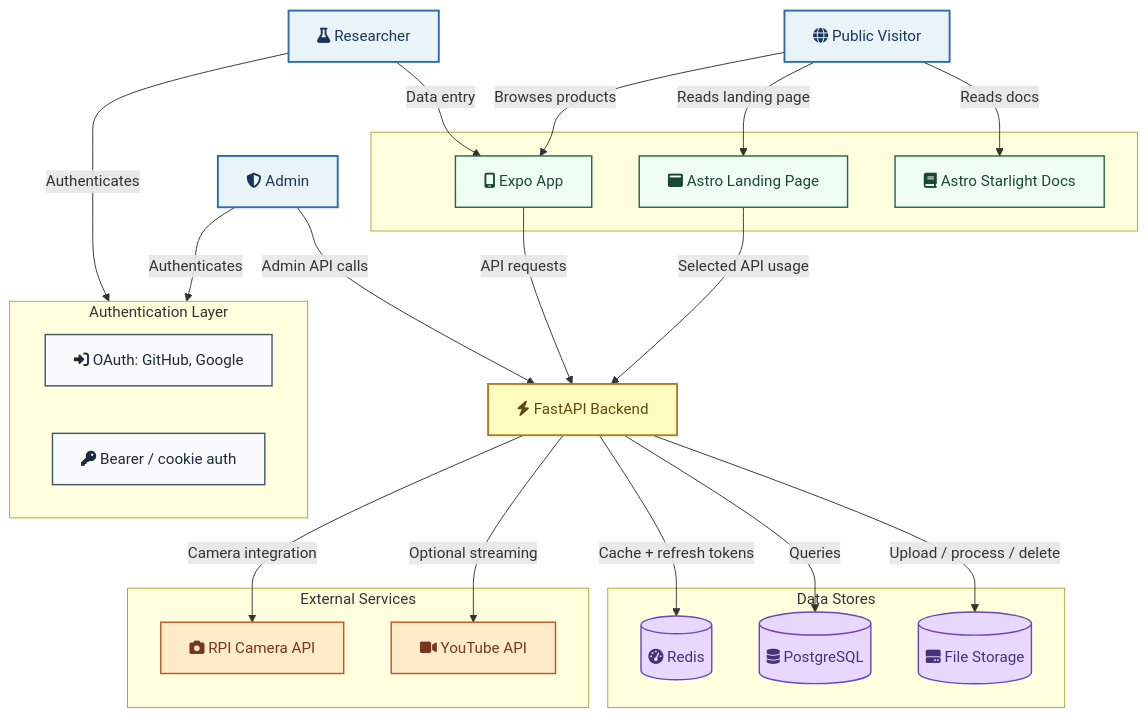
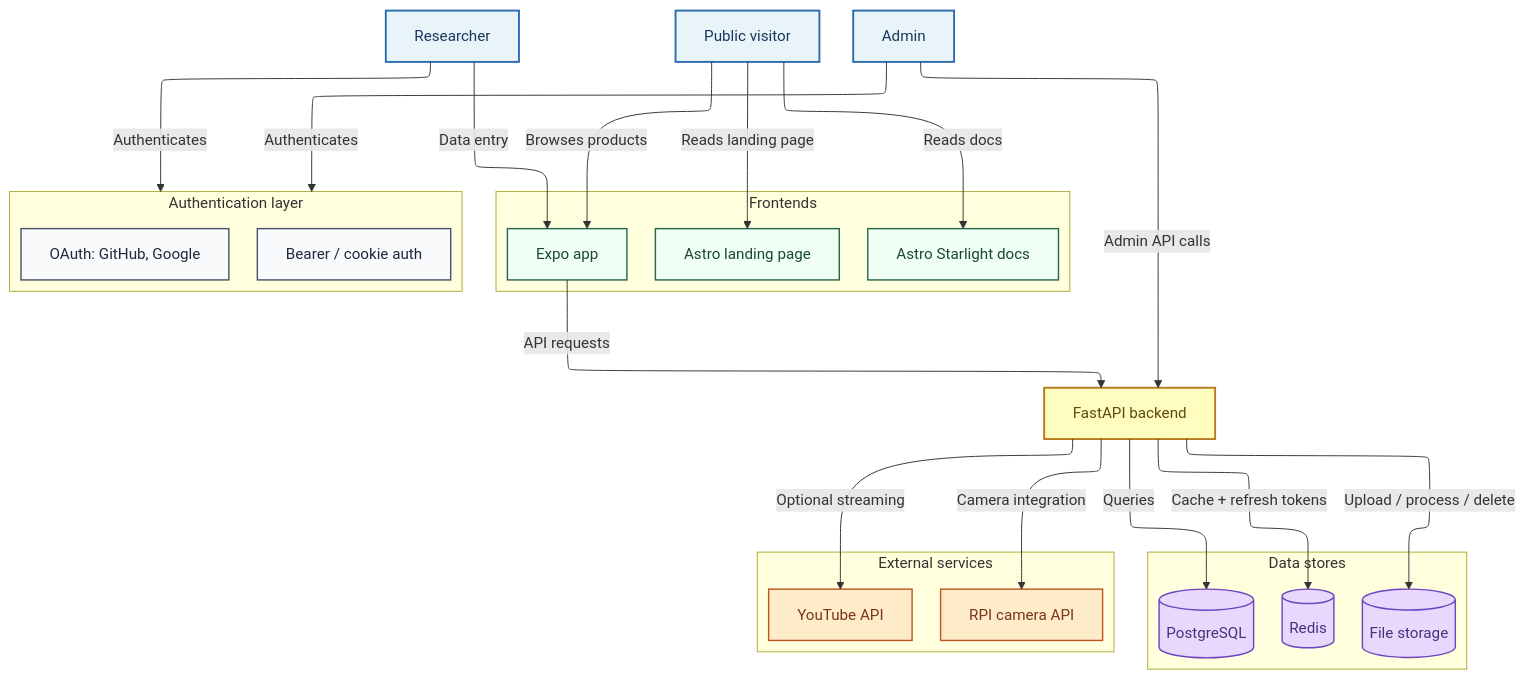
Before and after one commit to CMLPlatform/relab: the diagram in docs/src/content/docs/architecture/system-design.mdx, drawn with Mermaid. The commit also changed other lines of this file and 41 other files, not shown here.

Commit message:
docs: simplify docs site navigation and diagrams

````diff
--- a/docs/src/content/docs/architecture/system-design.mdx
+++ b/docs/src/content/docs/architecture/system-design.mdx
@@ -46,59 +10,64 @@
 ```mermaid
+---
+config:
+    layout: elk
+    elk:
+        nodePlacementStrategy: NETWORK_SIMPLEX
+---
+
 graph TD
-    Researcher["fa:fa-flask Researcher"] -->|Data entry| FrontendApp
-    PublicUser["fa:fa-globe Public Visitor"] -->|Browses products| FrontendApp
+    Researcher["Researcher"] -->|Data entry| FrontendApp
+    PublicUser["Public visitor"] -->|Browses products| FrontendApp
     PublicUser -->|Reads landing page| FrontendWeb
     PublicUser -->|Reads docs| Docs
-    Admin["fa:fa-shield-halved Admin"] -->|Admin API calls| Backend
+    Admin["Admin"] -->|Admin API calls| Backend
 
-    subgraph Frontends [" "]
-        FrontendApp["fa:fa-mobile-screen Expo App"]
-        FrontendWeb["fa:fa-window-maximize Astro Landing Page"]
-        Docs["fa:fa-book Astro Starlight Docs"]
+    subgraph Frontends ["Frontends"]
+        FrontendApp["Expo app"]
+        FrontendWeb["Astro landing page"]
+        Docs["Astro Starlight docs"]
     end
 
     FrontendApp -->|API requests| Backend
-    FrontendWeb -->|Selected API usage| Backend
+    Backend["FastAPI backend"]
 
-    Backend["fa:fa-bolt FastAPI Backend"]
-
-    subgraph DataStores ["Data Stores"]
-        Redis[("fa:fa-gauge-high Redis")]
-        PostgreSQL[("fa:fa-database PostgreSQL")]
-        FileStorage[("fa:fa-hard-drive File Storage")]
+    subgraph DataStores ["Data stores"]
+        Redis[("Redis")]
+        PostgreSQL[("PostgreSQL")]
+        FileStorage[("File storage")]
     end
 
     Backend -->|Cache + refresh tokens| Redis
     Backend -->|Queries| PostgreSQL
     Backend -->|Upload / process / delete| FileStorage
 
-    subgraph Auth ["Authentication Layer"]
-        OAuthProviders["fa:fa-right-to-bracket OAuth: GitHub, Google"]
-        AuthSystem["fa:fa-key Bearer / cookie auth"]
+    subgraph Auth ["Authentication layer"]
+        OAuthProviders["OAuth: GitHub, Google"]
+        AuthSystem["Bearer / cookie auth"]
     end
 
     Researcher -->|Authenticates| Auth
     Admin -->|Authenticates| Auth
 
-    subgraph External ["External Services"]
-        RaspberryPi["fa:fa-camera RPI Camera API"]
-        YouTube["fa:fa-video YouTube API"]
+    subgraph External ["External services"]
+        RaspberryPi["RPI camera API"]
+        YouTube["YouTube API"]
     end
 
     Backend -->|Camera integration| RaspberryPi
     Backend -->|Optional streaming| YouTube
 
     classDef actor fill:#e8f4f8,stroke:#2b6cb0,stroke-width:2px,color:#1a365d
     classDef frontend fill:#f0fff4,stroke:#276749,stroke-width:1.5px,color:#1a4731
     classDef backend fill:#fefcbf,stroke:#b7791f,stroke-width:2px,color:#5f4b0a
     classDef datastore fill:#e9d8fd,stroke:#6b46c1,stroke-width:1.5px,color:#44337a
     classDef auth fill:#f8fafc,stroke:#475569,stroke-width:1.5px,color:#1e293b
     classDef external fill:#feebc8,stroke:#c05621,stroke-width:1.5px,color:#7b341e
 
     class Researcher,PublicUser,Admin actor
     class FrontendApp,FrontendWeb,Docs frontend
     class Backend backend
     class Redis,PostgreSQL,FileStorage datastore
-    class OAuthProviders,AuthSystem,HIBP auth
-    class SMTP,RaspberryPi,YouTube external
+    class OAuthProviders,AuthSystem auth
+    class RaspberryPi,YouTube external
 ```
````
